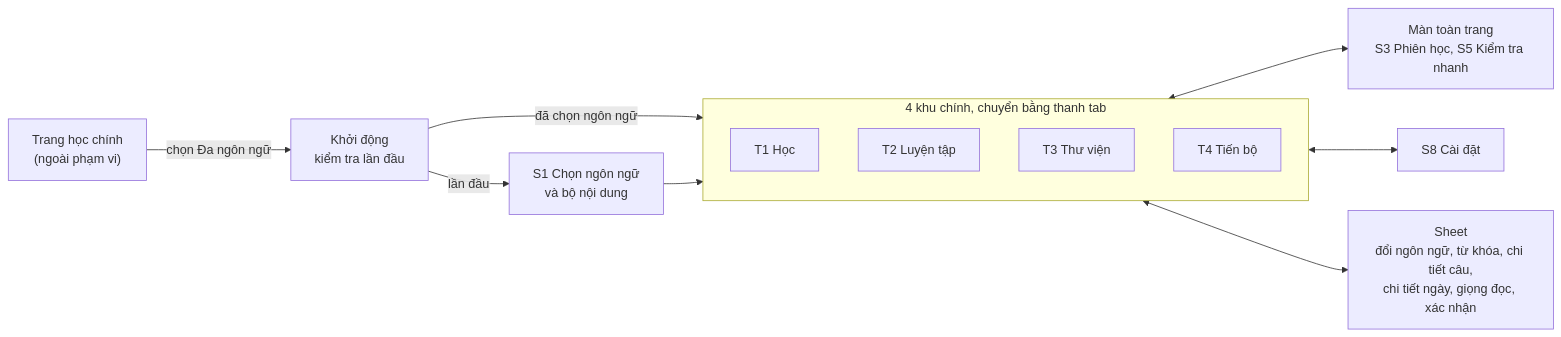
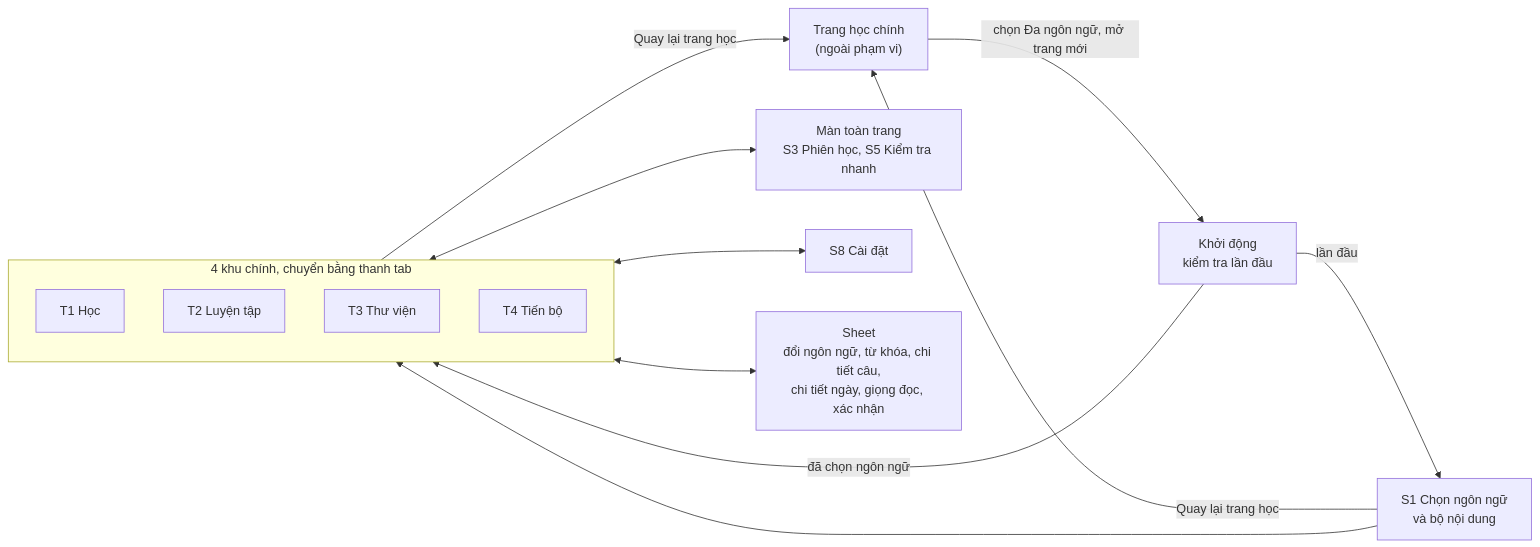
The first of 10 diagrams in docs/new/navigation.md (nguyendinhdat2207/dangonngu), drawn with Mermaid before and after one commit. The commit also changed other lines of this file and 10 other files, not shown here.

Commit message:
spec: chốt mở trang mới, thêm nút về trang học chính (APP-09, APP-12)

````diff
--- a/docs/new/navigation.md
+++ b/docs/new/navigation.md
@@ -16,25 +16,29 @@
 ```mermaid
 flowchart LR
-  HOST["Trang học chính<br/>(ngoài phạm vi)"] -->|"chọn Đa ngôn ngữ"| BOOT["Khởi động<br/>kiểm tra lần đầu"]
+  HOST["Trang học chính<br/>(ngoài phạm vi)"] -->|"chọn Đa ngôn ngữ, mở trang mới"| BOOT["Khởi động<br/>kiểm tra lần đầu"]
   %% @none trang chính ngoài phạm vi, xem docs/legacy/README.md
   BOOT -->|"lần đầu"| S1["S1 Chọn ngôn ngữ<br/>và bộ nội dung"]
   %% @spec APP-05, S1-07
   BOOT -->|"đã chọn ngôn ngữ"| MAIN
   %% @spec APP-05
   S1 --> MAIN
   %% @spec S1-04
 
   subgraph MAIN["4 khu chính, chuyển bằng thanh tab"]
     T1["T1 Học"]
     T2["T2 Luyện tập"]
     T3["T3 Thư viện"]
     T4["T4 Tiến bộ"]
   end
 
   MAIN <--> FULL["Màn toàn trang<br/>S3 Phiên học, S5 Kiểm tra nhanh"]
   %% @spec APP-03, T1-02, T2-04
   MAIN <--> S8["S8 Cài đặt"]
   %% @spec APP-02, APP-04
   MAIN <--> SHEET["Sheet<br/>đổi ngôn ngữ, từ khóa, chi tiết câu,<br/>chi tiết ngày, giọng đọc, xác nhận"]
   %% @spec APP-11, C6-01
+  MAIN -->|"Quay lại trang học"| HOST
+  %% @spec APP-12
+  S1 -->|"Quay lại trang học"| HOST
+  %% @spec APP-12
 ```
````
